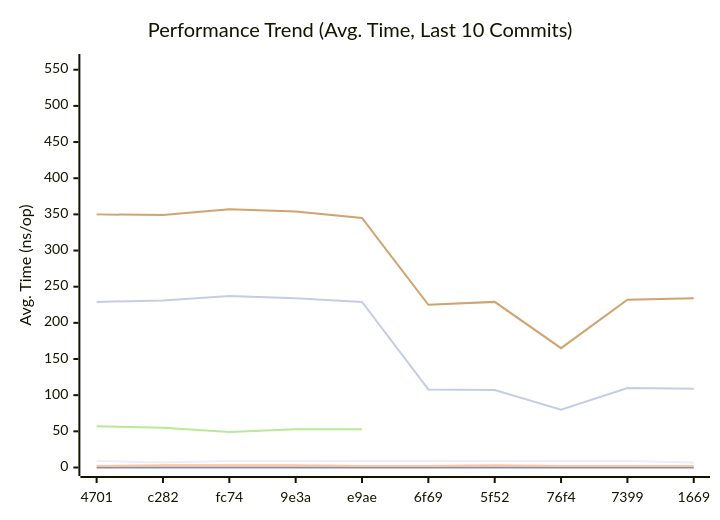
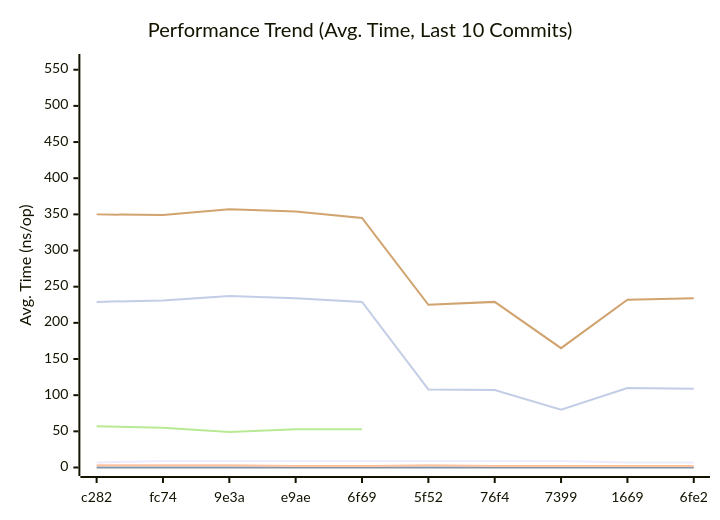
One commit to alsotoes/momo changed the first of 3 diagrams in doc/README.md. Above: the diagram before and after it, drawn with Mermaid. The commit also changed other lines of this file and 1 other file, not shown here.

````diff
--- a/doc/README.md
+++ b/doc/README.md
@@ -299,14 +290,14 @@
 ```mermaid
 xychart-beta
     title "Performance Trend (Avg. Time, Last 10 Commits)"
     x-axis "Commit"
     y-axis "Avg. Time (ns/op)"
-    x-axis [4701,c282,fc74,9e3a,e9ae,6f69,5f52,76f4,7399,1669]
-    line "CheckMetricsAndSwap" [9,7,9,9,9,9,9,9,9,7]
+    x-axis [c282,fc74,9e3a,e9ae,6f69,5f52,76f4,7399,1669,6fe2]
+    line "CheckMetricsAndSwap" [7,9,9,9,9,9,9,9,7,7]
     line "IndexDirectTracking" [0,0,0,0,0,0,0,0,0,0]
-    line "IndexSearch" [2,3,3,3,2,2,3,2,2,2]
+    line "IndexSearch" [3,3,3,2,2,3,2,2,2,2]
     line "LoadGlobalConfig" [560]
     line "PadString" [57,55,49,53,53]
     line "ParseReplicationOrder_NoPrealloc" [350,349,357,354,345,225,229,165,232,234]
     line "ParseReplicationOrder_Prealloc" [229,231,237,234,229,108,107,80,110,109]
 ```
````
